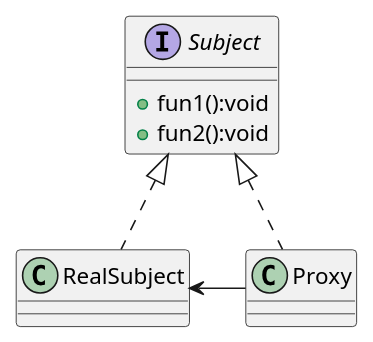
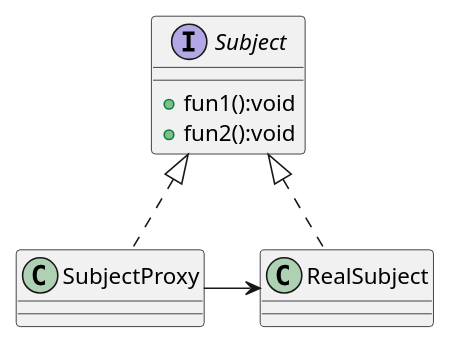
Before and after one commit to daleige/AndroidSamples: the diagram in DesignPatterns/src/com/cyq/design/代理模式/代理模式.puml, drawn with PlantUML. The commit also changed 9 other files, not shown here.

```diff
--- a/DesignPatterns/src/com/cyq/design/代理模式/代理模式.puml
+++ b/DesignPatterns/src/com/cyq/design/代理模式/代理模式.puml
@@ -1,12 +1,12 @@
 @startuml
 interface Subject{
     + fun1():void
     + fun2():void
 }
 
 class RealSubject
-class Proxy
+class SubjectProxy
 RealSubject .up.|> Subject
-Proxy .up.|> Subject
-Proxy -left-> RealSubject
+SubjectProxy .up.|> Subject
+SubjectProxy -right-> RealSubject
 @enduml
```
